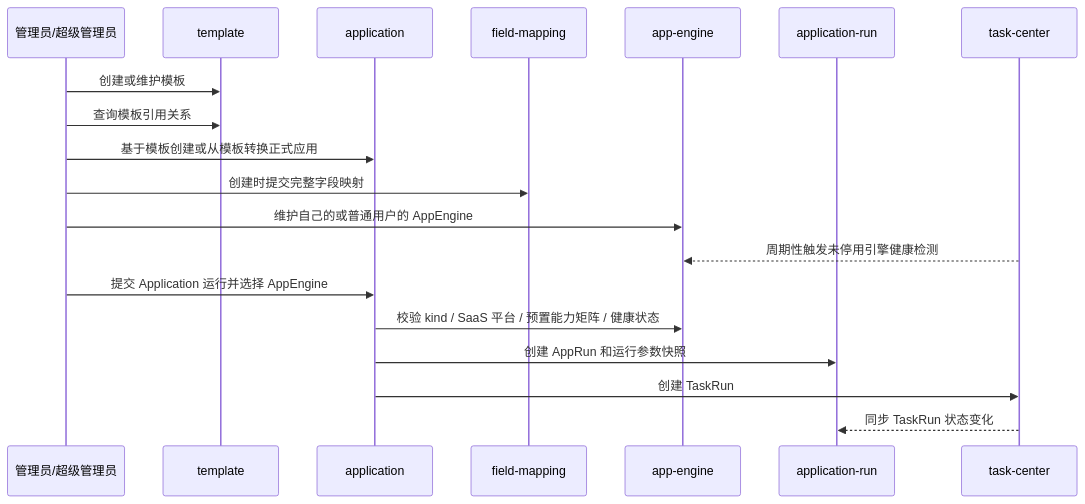
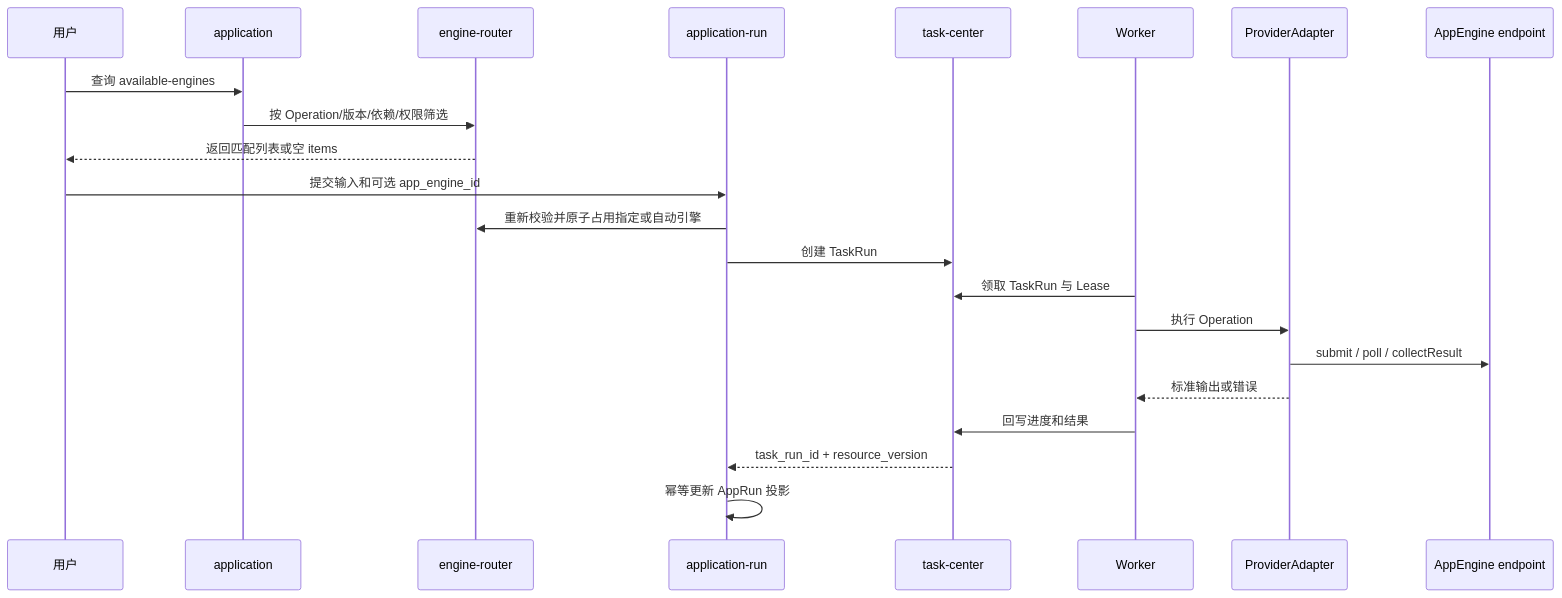
One commit to wangweihong/omnimam-spec changed the diagram in 02_architecture/domains/application-platform.md. Above: the diagram before and after it, drawn with Mermaid. The commit also changed other lines of this file and 14 other files, not shown here.

Commit message:
docs: update application platform/task center

````diff
--- a/02_architecture/domains/application-platform.md
+++ b/02_architecture/domains/application-platform.md
@@ -30,22 +45,25 @@
 ```mermaid
 sequenceDiagram
-  participant Admin as 管理员/超级管理员
-  participant Template as template
+  participant User as 用户
   participant App as application
-  participant Mapping as field-mapping
-  participant Engine as app-engine
+  participant Router as engine-router
   participant Run as application-run
   participant Task as task-center
+  participant Worker as Worker
+  participant Adapter as ProviderAdapter
+  participant Engine as AppEngine endpoint
 
-  Admin->>Template: 创建或维护模板
-  Admin->>Template: 查询模板引用关系
-  Admin->>App: 基于模板创建或从模板转换正式应用
-  Admin->>Mapping: 创建时提交完整字段映射
-  Admin->>Engine: 维护自己的或普通用户的 AppEngine
-  Task-->>Engine: 周期性触发未停用引擎健康检测
-  Admin->>App: 提交 Application 运行并选择 AppEngine
-  App->>Engine: 校验 kind / SaaS 平台 / 预置能力矩阵 / 健康状态
-  App->>Run: 创建 AppRun 和运行参数快照
-  App->>Task: 创建 TaskRun
-  Task-->>Run: 同步 TaskRun 状态变化
+  User->>App: 查询 available-engines
+  App->>Router: 按 Operation/版本/依赖/权限筛选
+  Router-->>User: 返回匹配列表或空 items
+  User->>Run: 提交输入和可选 app_engine_id
+  Run->>Router: 重新校验并原子占用指定或自动引擎
+  Run->>Task: 创建 TaskRun
+  Worker->>Task: 领取 TaskRun 与 Lease
+  Worker->>Adapter: 执行 Operation
+  Adapter->>Engine: submit / poll / collectResult
+  Adapter-->>Worker: 标准输出或错误
+  Worker->>Task: 回写进度和结果
+  Task-->>Run: task_run_id + resource_version
+  Run->>Run: 幂等更新 AppRun 投影
 ```
````
